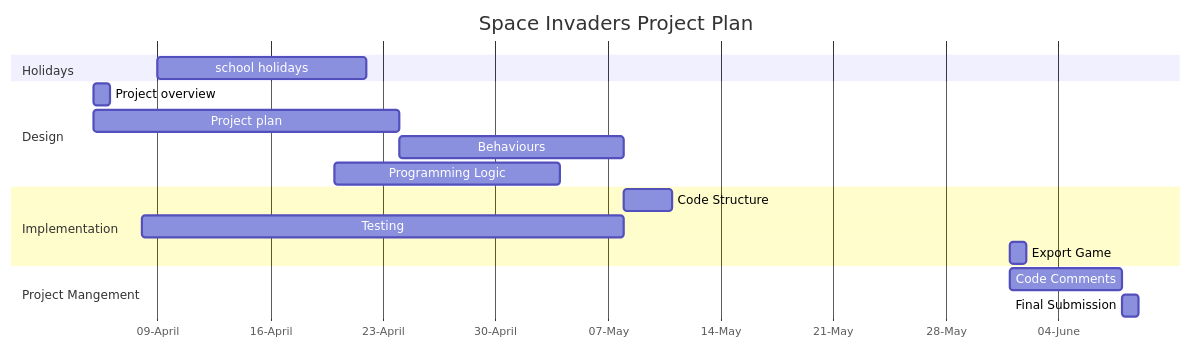
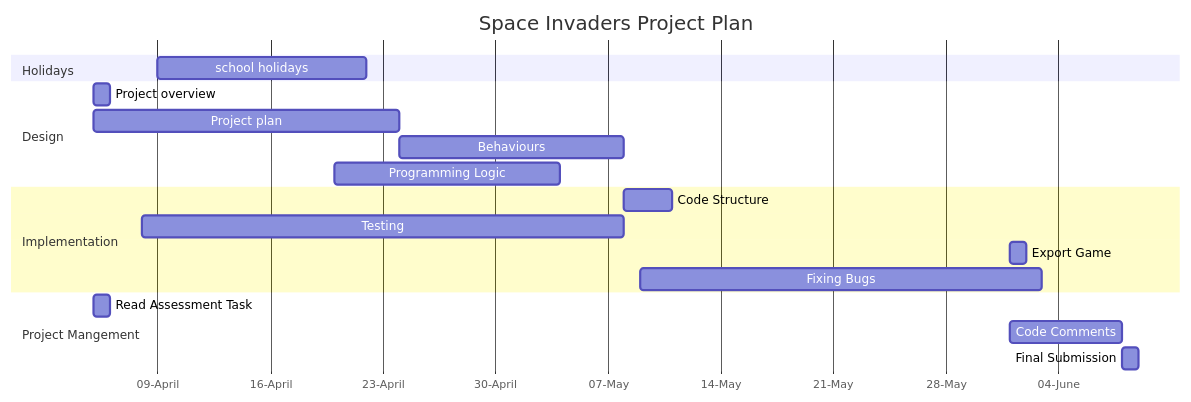
Before and after one commit to 2680910/spac-inHaters: the diagram in design.md, drawn with Mermaid.

Commit message:
gantt 2.5

````diff
--- a/design.md
+++ b/design.md
@@ -14,35 +14,36 @@
 ```mermaid
 gantt
     title Space Invaders Project Plan
     dateFormat DD-MM-YY
     axisFormat %d-%B
     tickInterval 1week 
 
    
     section Holidays
     school holidays: 09-04-23, 22-04-23
 
     
     section Design
     Project overview: 05-04-23, 1d
     Project plan: 05-04-23, 24-04-23 
     Behaviours: 24-04-23, 14d 
     Programming Logic: 20-04-23, 14d
 
    
     section Implementation 
     Code Structure:  08-05-23, 3d
     Testing: 08-04-23, 30d
     Export Game: 01-06-23, 1d
-   
+    Fixing Bugs: 09-05-23, 25d
    
    
     section Project Mangement
+    Read Assessment Task: 05-04-23, 1d
     Code Comments: 01-06-23, 7d
     Final Submission: 07-06-23, 08-06-23, 1d 
 
 
 
 
 
 ```
````
